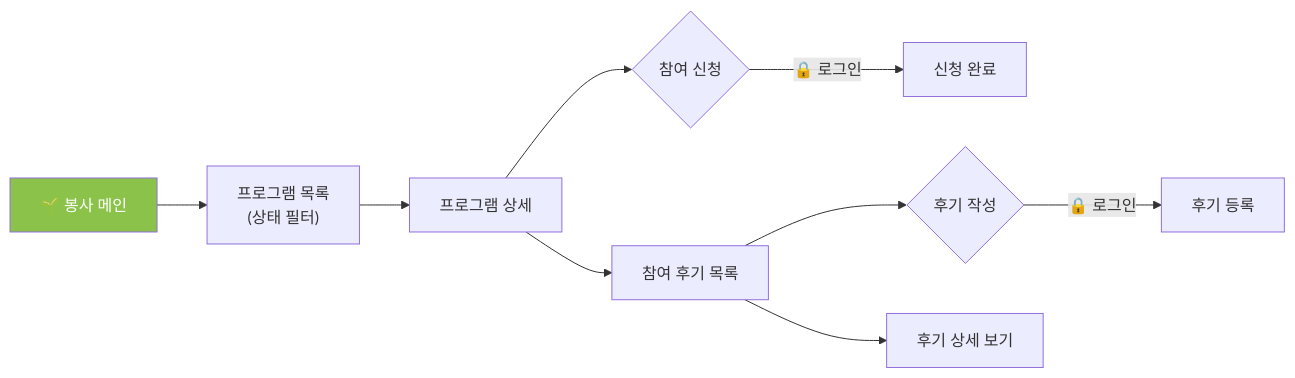
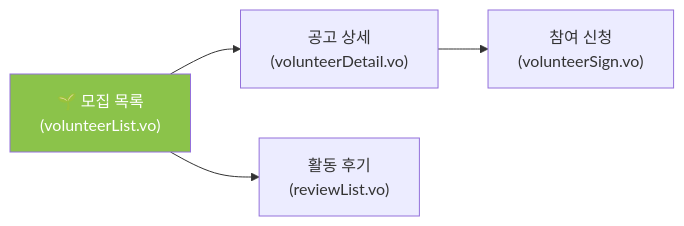
Before and after one commit to KJH-Portfolio/202511-stray-dog-volunteer: the third of 3 diagrams in ia.md, drawn with Mermaid. The commit also changed other lines of this file and 5 other files, not shown here.

````diff
--- a/ia.md
+++ b/ia.md
@@ -59,14 +55,8 @@
 ```mermaid
 graph LR
-    SUB_V["🌱 봉사 메인"] --> V1["프로그램 목록\n(상태 필터)"]
-    V1 --> V2["프로그램 상세"]
-    V2 --> V3{참여 신청}
-    V3 -->|"🔒 로그인"| V4["신청 완료"]
-    
-    V2 --> V5["참여 후기 목록"]
-    V5 --> V6{후기 작성}
-    V6 -->|"🔒 로그인"| V7["후기 등록"]
-    V5 --> V8["후기 상세 보기"]
+    V_LIST["🌱 모집 목록<br/>(volunteerList.vo)"] --> V_DETAIL["공고 상세<br/>(volunteerDetail.vo)"]
+    V_DETAIL --> V_APPLY["참여 신청<br/>(volunteerSign.vo)"]
+    V_LIST --> V_REV["활동 후기<br/>(reviewList.vo)"]
 
-    style SUB_V fill:#8BC34A,color:#fff
+    style V_LIST fill:#8BC34A,color:#fff
 ```
````
